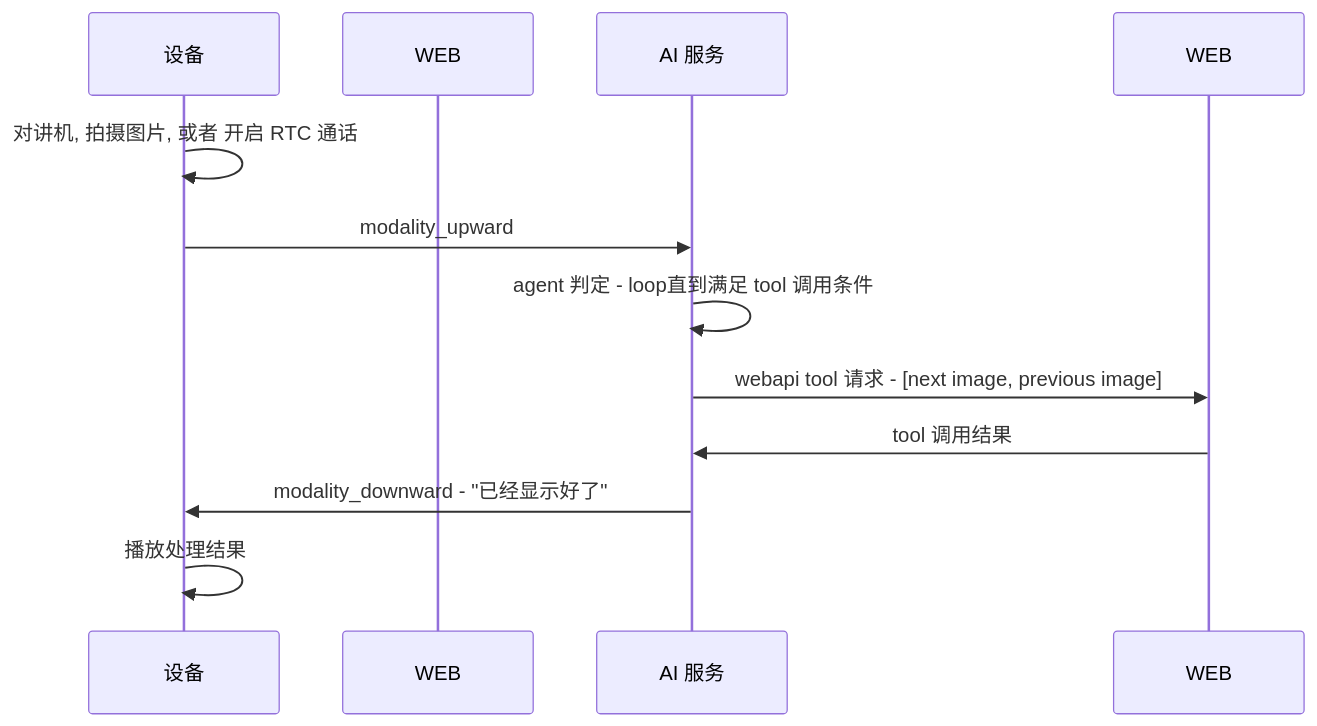
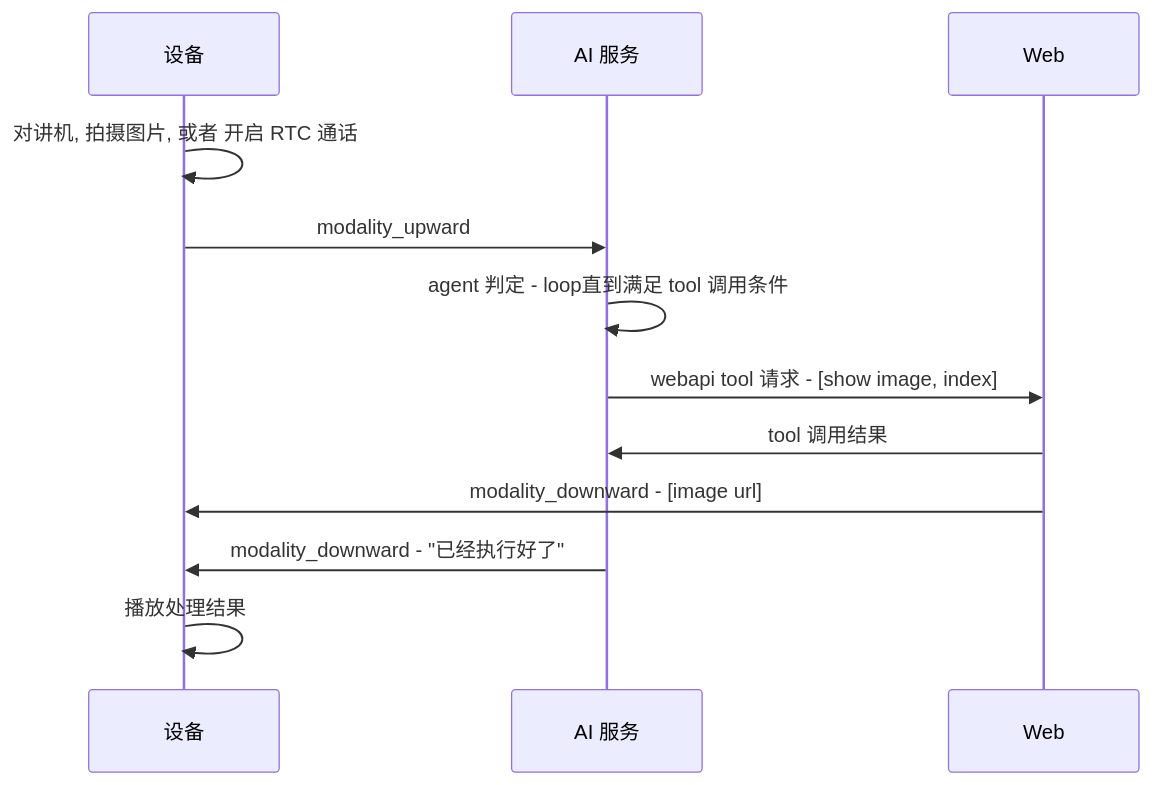
Before and after one commit to shaojun/open_docs: the sixth of 7 diagrams in projects/commercial/USER_STORY.md, drawn with Mermaid. The commit also changed other lines of this file, not shown here.

````diff
--- a/projects/commercial/USER_STORY.md
+++ b/projects/commercial/USER_STORY.md
@@ -74,13 +96,13 @@
 ```mermaid
 sequenceDiagram
     participant Device as 设备
-    participant Web as WEB
     participant AIService as AI 服务
     Device->>Device: 对讲机, 拍摄图片, 或者 开启 RTC 通话
     Device->>AIService: modality_upward
     AIService->>AIService: agent 判定 - loop直到满足 tool 调用条件
-    AIService->>WEB: webapi tool 请求 - [next image, previous image]
-    WEB->>AIService: tool 调用结果
-    AIService->>Device: modality_downward - "已经显示好了"
+    AIService->>Web: webapi tool 请求 - [show image, index]
+    Web->>AIService: tool 调用结果
+    Web->>Device: modality_downward - [image url]
+    AIService->>Device: modality_downward - "已经执行好了"
     Device->>Device: 播放处理结果
 ```
````
